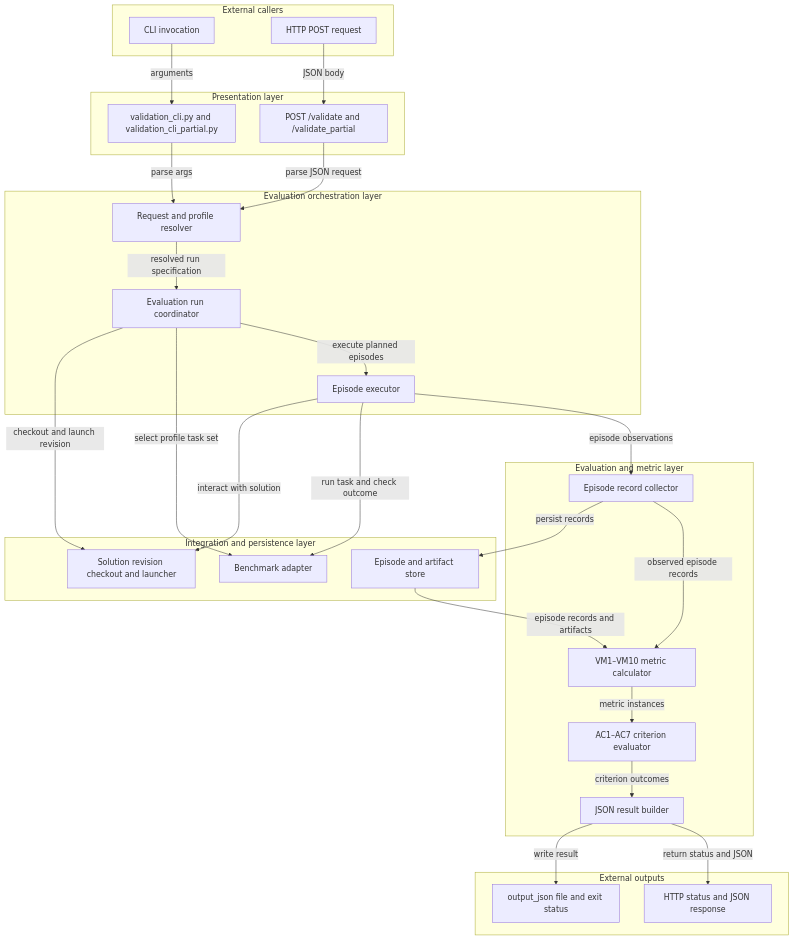
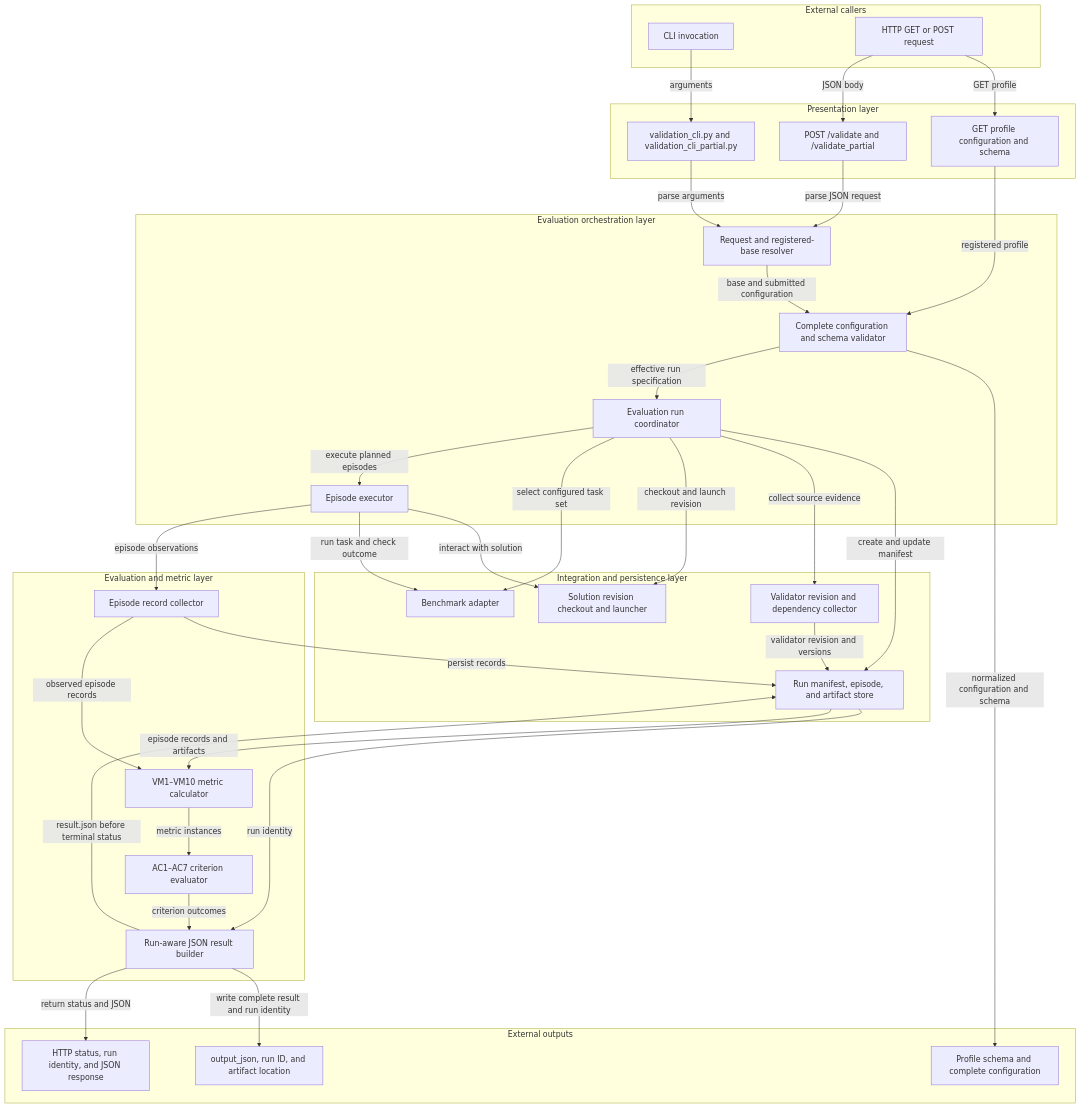
Before and after one commit to anton-pershin/agent-validation: the first of 2 diagrams in .internal/validation-spec.md, drawn with Mermaid. The commit also changed other lines of this file and 40 other files, not shown here.

````diff
--- a/.internal/validation-spec.md
+++ b/.internal/validation-spec.md
@@ -147,49 +235,62 @@
 ```mermaid
 flowchart TD
   subgraph Callers[External callers]
     CLIIn[CLI invocation]
-    HTTPIn[HTTP POST request]
+    HTTPIn[HTTP GET or POST request]
   end
   subgraph Presentation[Presentation layer]
     CLI[validation_cli.py and validation_cli_partial.py]
+    ConfigAPI[GET profile configuration and schema]
     HTTP[POST /validate and /validate_partial]
   end
   subgraph Orchestration[Evaluation orchestration layer]
-    Request[Request and profile resolver]
+    Request[Request and registered-base resolver]
+    Config[Complete configuration and schema validator]
     Runner[Evaluation run coordinator]
     Episode[Episode executor]
   end
   subgraph Evaluation[Evaluation and metric layer]
     Records[Episode record collector]
     Metrics[VM1–VM10 metric calculator]
     Criteria[AC1–AC7 criterion evaluator]
-    Result[JSON result builder]
+    Result[Run-aware JSON result builder]
   end
   subgraph Adapters[Integration and persistence layer]
     Solution[Solution revision checkout and launcher]
     Benchmark[Benchmark adapter]
-    Store[Episode and artifact store]
+    Provenance[Validator revision and dependency collector]
+    Store[Run manifest, episode, and artifact store]
   end
   subgraph Outputs[External outputs]
-    File[output_json file and exit status]
-    HTTPResponse[HTTP status and JSON response]
+    File[output_json, run ID, and artifact location]
+    ConfigResponse[Profile schema and complete configuration]
+    HTTPResponse[HTTP status, run identity, and JSON response]
   end
   CLIIn -->|arguments| CLI
+  HTTPIn -->|GET profile| ConfigAPI
   HTTPIn -->|JSON body| HTTP
-  CLI -->|parse args| Request
+  ConfigAPI -->|registered profile| Config
+  Config -->|normalized configuration and schema| ConfigResponse
+  CLI -->|parse arguments| Request
   HTTP -->|parse JSON request| Request
-  Request -->|resolved run specification| Runner
+  Request -->|base and submitted configuration| Config
+  Config -->|effective run specification| Runner
+  Runner -->|create and update manifest| Store
+  Runner -->|collect source evidence| Provenance
+  Provenance -->|validator revision and versions| Store
   Runner -->|checkout and launch revision| Solution
-  Runner -->|select profile task set| Benchmark
+  Runner -->|select configured task set| Benchmark
   Runner -->|execute planned episodes| Episode
   Episode -->|interact with solution| Solution
   Episode -->|run task and check outcome| Benchmark
   Episode -->|episode observations| Records
   Records -->|persist records| Store
   Records -->|observed episode records| Metrics
   Metrics -->|metric instances| Criteria
   Criteria -->|criterion outcomes| Result
-  Result -->|write result| File
+  Store -->|run identity| Result
+  Result -->|write complete result and run identity| File
   Result -->|return status and JSON| HTTPResponse
+  Result -->|result.json before terminal status| Store
   Store -->|episode records and artifacts| Metrics
 ```
````
